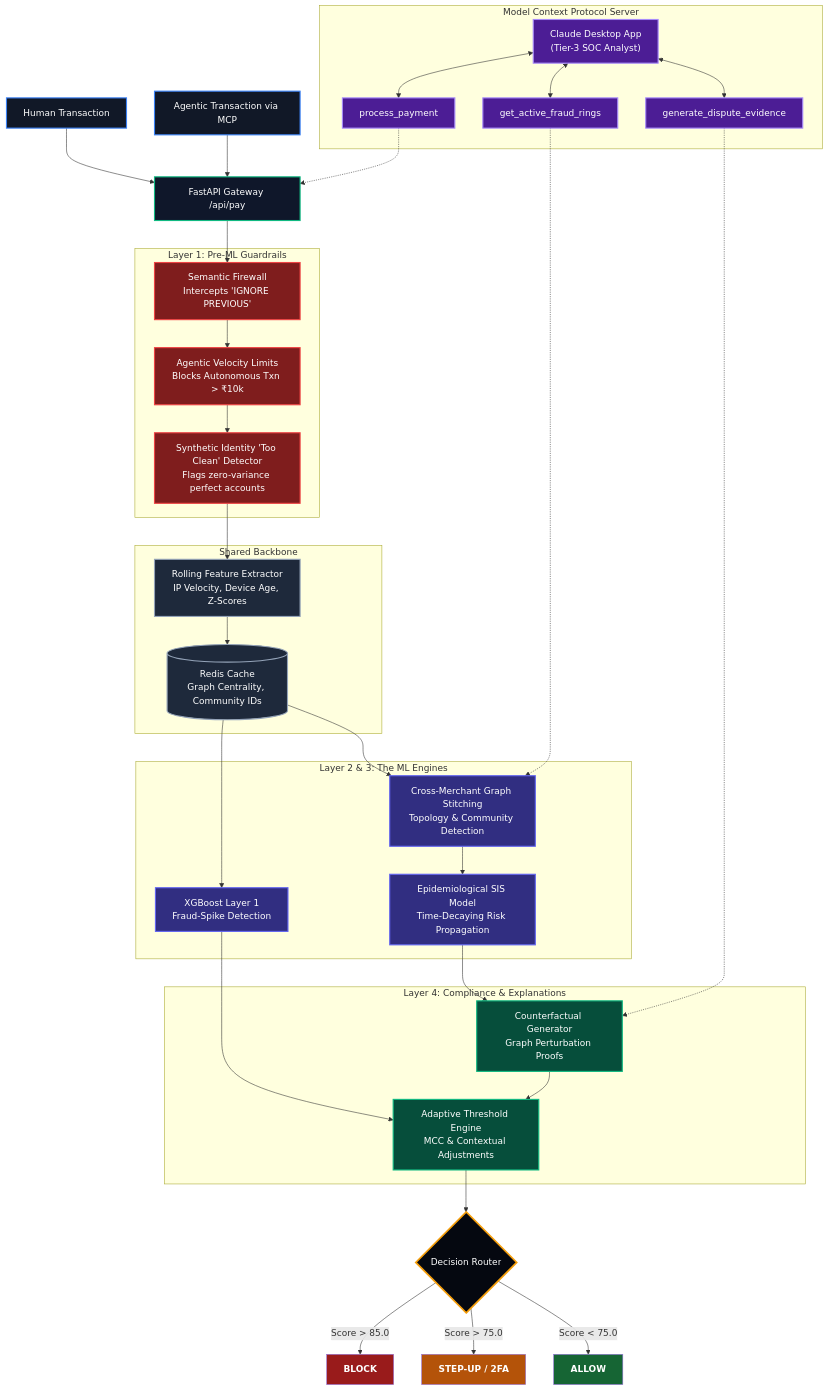
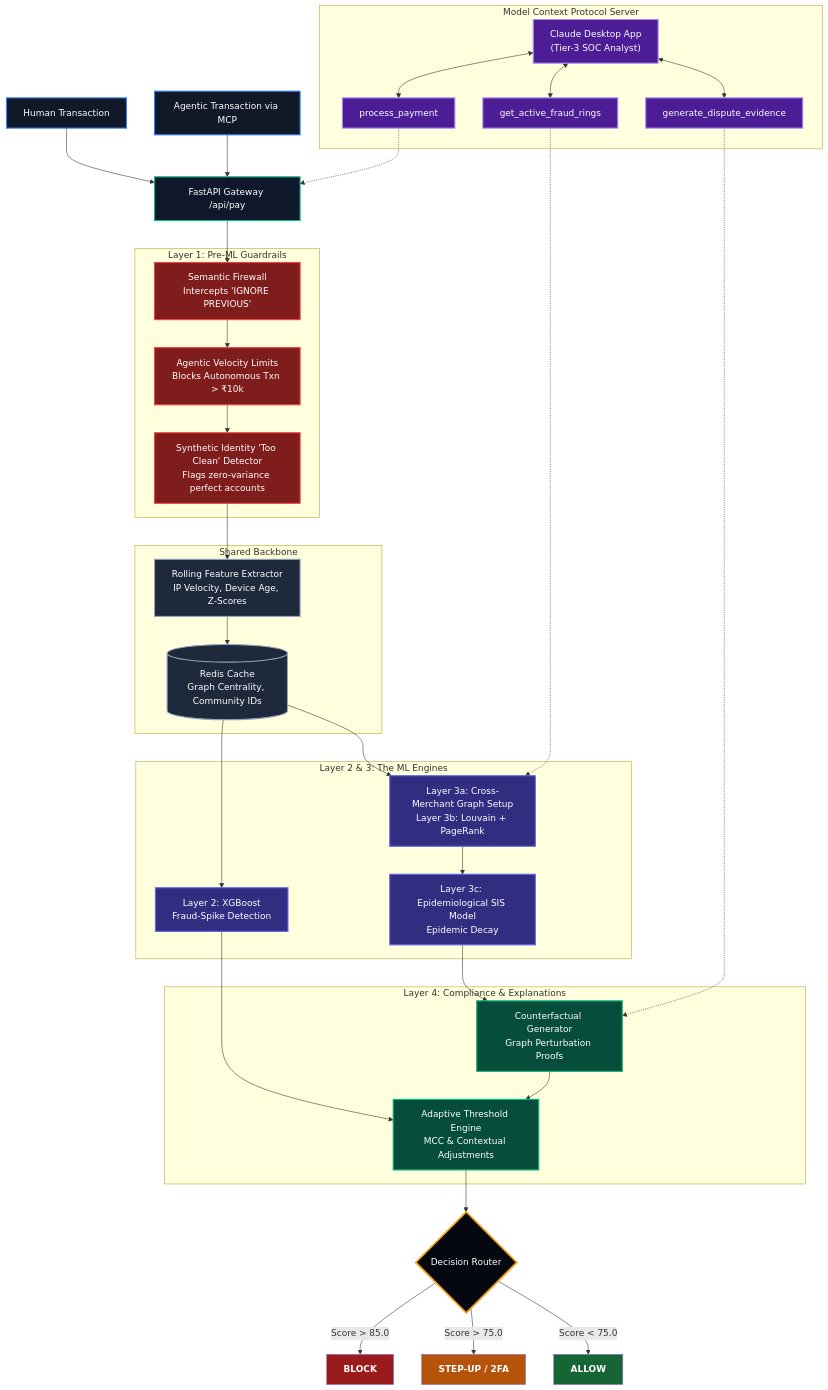
Before and after one commit to AakashGs10/AI-RISK-MANAGER: the diagram in README.md, drawn with Mermaid. The commit also changed other lines of this file and 1 other file, not shown here.

Commit message:
Update architecture graph labels to Layer 3a/3b/3c

```diff
--- a/README.md
+++ b/README.md
@@ -42,9 +42,9 @@
     
     %% Core ML Engines
     subgraph CoreML[Layer 2 & 3: The ML Engines]
-        XGB["XGBoost Layer 1<br>Fraud-Spike Detection"]:::ml
-        FGA["Cross-Merchant Graph Stitching<br>Topology & Community Detection"]:::ml
-        SIS["Epidemiological SIS Model<br>Time-Decaying Risk Propagation"]:::ml
+        XGB["Layer 2: XGBoost<br>Fraud-Spike Detection"]:::ml
+        FGA["Layer 3a: Cross-Merchant Graph Setup<br>Layer 3b: Louvain + PageRank"]:::ml
+        SIS["Layer 3c: Epidemiological SIS Model<br>Epidemic Decay"]:::ml
     end
     
     RC --> XGB
```
